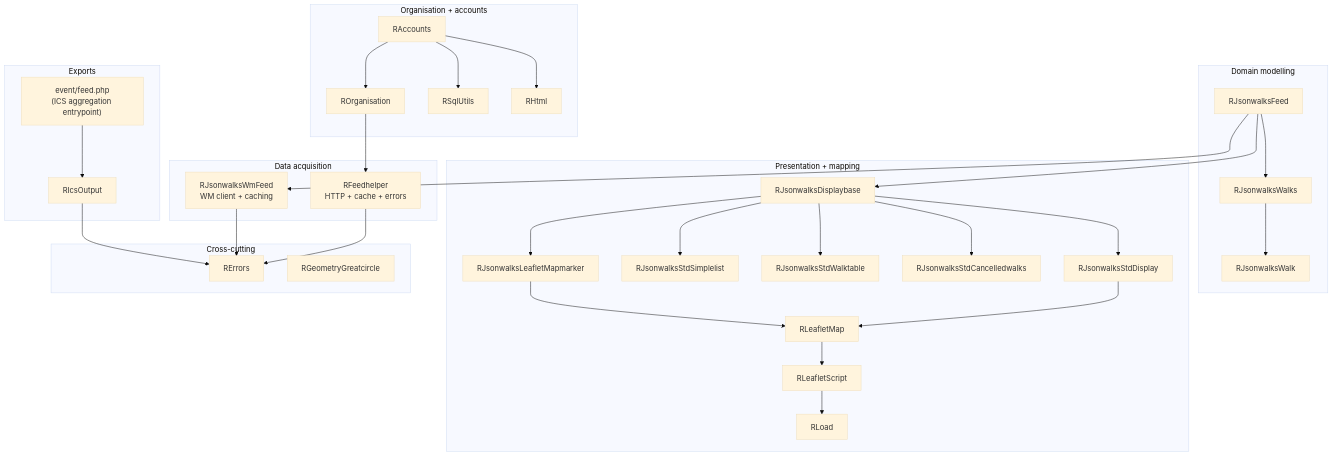
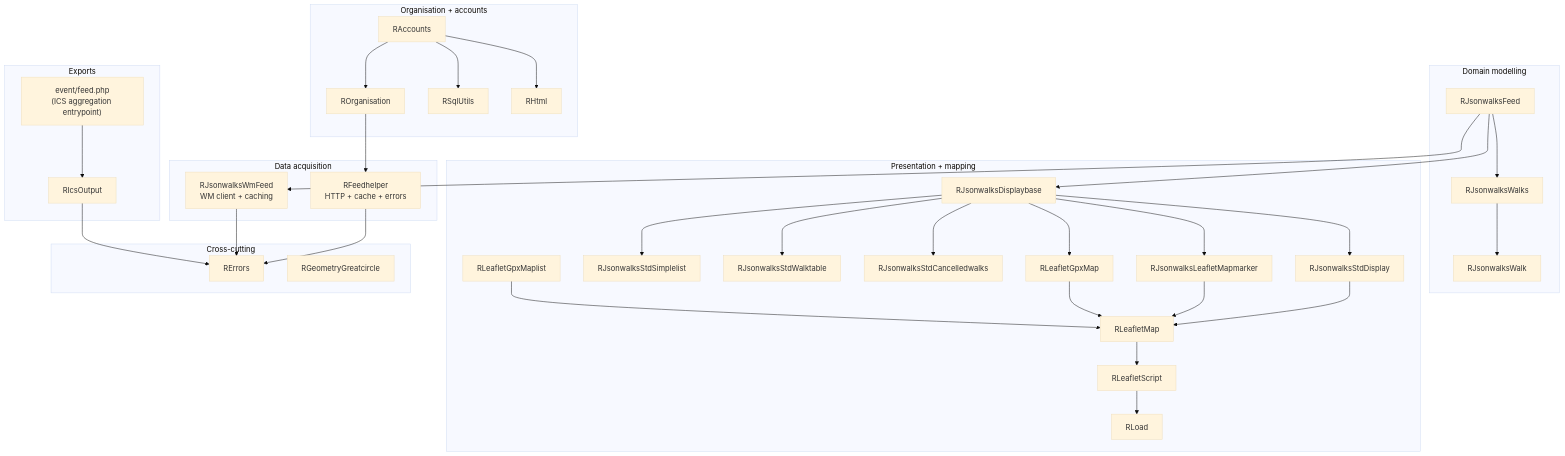
The fourth of 15 diagrams in architecture.md (pauljrhodes/ramblers-library), drawn with Mermaid (base theme) before and after one commit. The commit also changed other lines of this file and 32 other files, not shown here.

````diff
--- a/architecture.md
+++ b/architecture.md
@@ -335,65 +349,70 @@
 ```mermaid
 flowchart TB
   subgraph Acquire["Data acquisition"]
     FH[RFeedhelper\nHTTP + cache + errors]
     WM[RJsonwalksWmFeed\nWM client + caching]
   end
 
   subgraph Domain["Domain modelling"]
     Feed[RJsonwalksFeed]
     Walks[RJsonwalksWalks]
     Walk[RJsonwalksWalk]
   end
 
   subgraph Present["Presentation + mapping"]
     Base[RJsonwalksDisplaybase]
     Std[RJsonwalksStdDisplay]
     List[RJsonwalksStdSimplelist]
     Table[RJsonwalksStdWalktable]
     Cancel[RJsonwalksStdCancelledwalks]
     Marker[RJsonwalksLeafletMapmarker]
+    GpxMap[RLeafletGpxMap]
+    GpxList[RLeafletGpxMaplist]
     Map[RLeafletMap]
     Script[RLeafletScript]
     Load[RLoad]
   end
 
   subgraph Export["Exports"]
     EG["event/feed.php\n(ICS aggregation entrypoint)"]
     Ics[RIcsOutput]
   end
 
   subgraph Org["Organisation + accounts"]
     OrgMod[ROrganisation]
     Acc[RAccounts]
     Sql[RSqlUtils]
     Html[RHtml]
   end
 
   subgraph Cross["Cross-cutting"]
     Err[RErrors]
     Geo[RGeometryGreatcircle]
   end
 
   %% Dependencies
   Feed --> Walks --> Walk
   Feed --> Base
   Base --> Std
   Base --> List
   Base --> Table
   Base --> Cancel
   Base --> Marker
+  Base --> GpxMap
 
   Std --> Map
   Marker --> Map
+  GpxMap --> Map
+  GpxList --> Map
   Map --> Script --> Load
 
   Feed --> WM
   FH --> Err
   WM --> Err
 
   EG --> Ics --> Err
   OrgMod --> FH
   Acc --> OrgMod
   Acc --> Sql
   Acc --> Html
 ```
````
